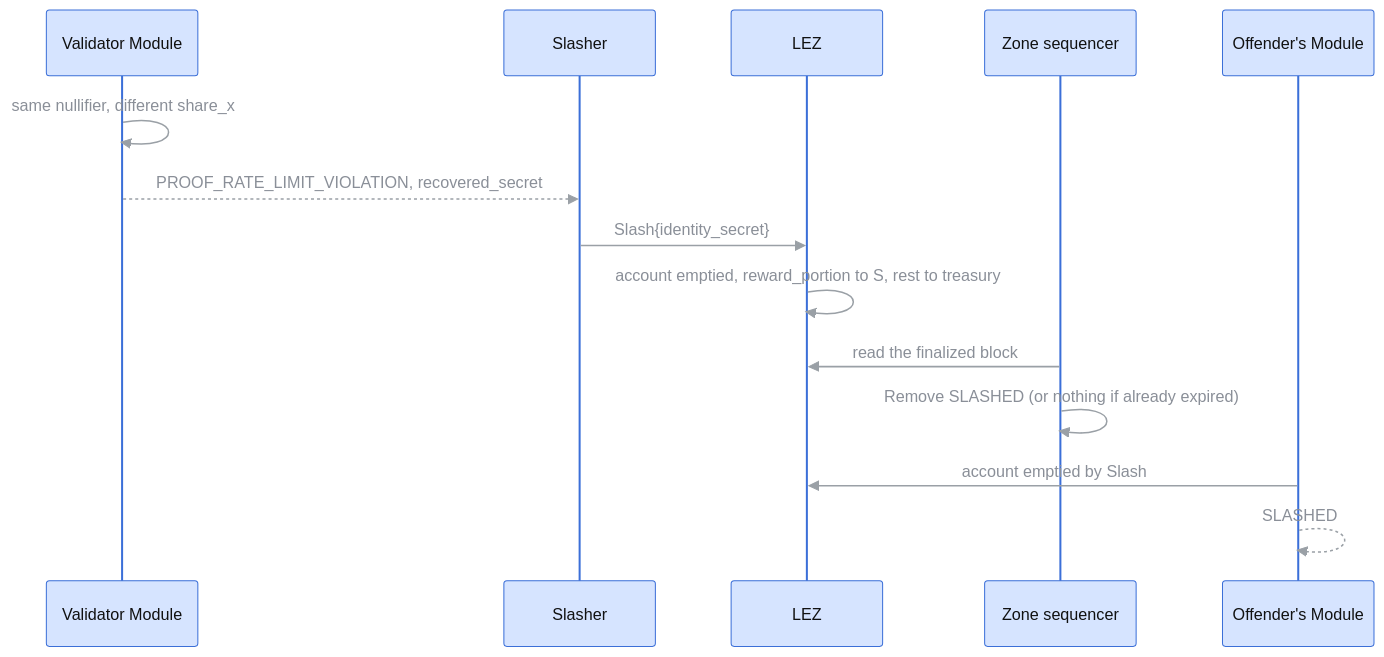
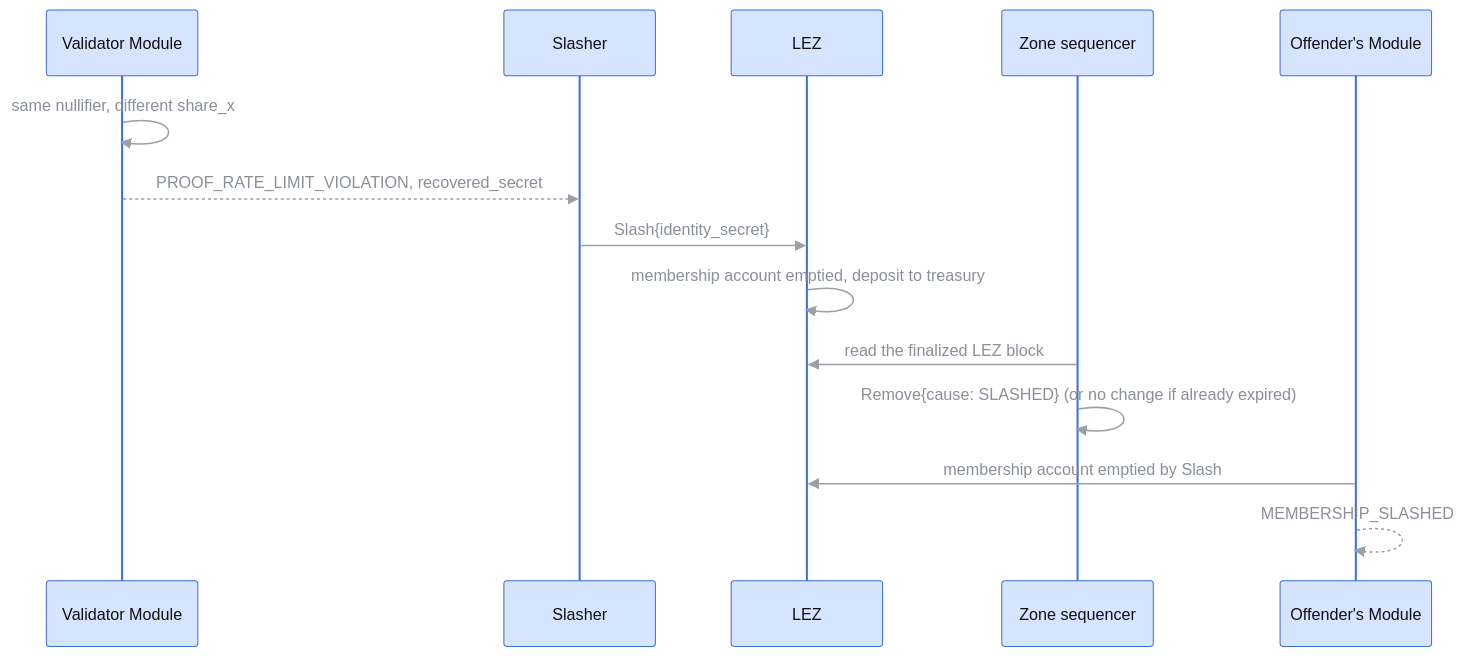
One commit to logos-co/logos-rln-membership-zone changed the eighth of 8 diagrams in docs/rfc-rln-membership-zone.md. Above: the diagram before and after it, drawn with Mermaid. The commit also changed other lines of this file, not shown here.

````diff
--- a/docs/rfc-rln-membership-zone.md
+++ b/docs/rfc-rln-membership-zone.md
@@ -675,17 +710,17 @@
 ```mermaid
 %%{init: {"theme": "base", "themeVariables": {"primaryColor": "#d6e4ff", "primaryBorderColor": "#3b6fd8", "primaryTextColor": "#111111", "lineColor": "#9aa0a6", "signalColor": "#9aa0a6", "signalTextColor": "#8a8f98", "noteBkgColor": "#fff4c2", "noteTextColor": "#111111", "fontSize": "15px"}}}%%
 sequenceDiagram
     participant MV as Validator Module
     participant S as Slasher
     participant L as LEZ
     participant Z as Zone sequencer
     participant MO as Offender's Module
     MV->>MV: same nullifier, different share_x
     MV-->>S: PROOF_RATE_LIMIT_VIOLATION, recovered_secret
     S->>L: Slash{identity_secret}
-    L->>L: account emptied, reward_portion to S, rest to treasury
-    Z->>L: read the finalized block
-    Z->>Z: Remove SLASHED (or nothing if already expired)
-    MO->>L: account emptied by Slash
-    MO-->>MO: SLASHED
+    L->>L: membership account emptied, deposit to treasury
+    Z->>L: read the finalized LEZ block
+    Z->>Z: Remove{cause: SLASHED} (or no change if already expired)
+    MO->>L: membership account emptied by Slash
+    MO-->>MO: MEMBERSHIP_SLASHED
 ```
````
